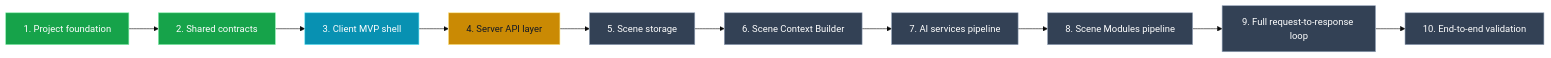
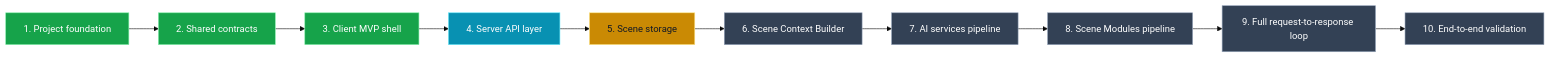
Before and after one commit to AgentDan/AIproject: the second of 2 diagrams in readme.md, drawn with Mermaid (base theme). The commit also changed other lines of this file and 3 other files, not shown here.

````diff
--- a/readme.md
+++ b/readme.md
@@ -394,28 +404,28 @@
 ```mermaid
 flowchart LR
   S1["1. Project foundation"] --> S2["2. Shared contracts"]
   S2 --> S3["3. Client MVP shell"]
   S3 --> S4["4. Server API layer"]
   S4 --> S5["5. Scene storage"]
   S5 --> S6["6. Scene Context Builder"]
   S6 --> S7["7. AI services pipeline"]
   S7 --> S8["8. Scene Modules pipeline"]
   S8 --> S9["9. Full request-to-response loop"]
   S9 --> S10["10. End-to-end validation"]
 
   S1:::done
   S2:::done
-  S3:::current
-  S4:::next
-  S5:::pending
+  S3:::done
+  S4:::current
+  S5:::next
   S6:::pending
   S7:::pending
   S8:::pending
   S9:::pending
   S10:::pending
 
   classDef done fill:#16a34a,stroke:#86efac,color:#ffffff
   classDef current fill:#0891b2,stroke:#67e8f9,color:#ffffff
   classDef next fill:#ca8a04,stroke:#fde68a,color:#111827
   classDef pending fill:#334155,stroke:#94a3b8,color:#ffffff
 ```
````
